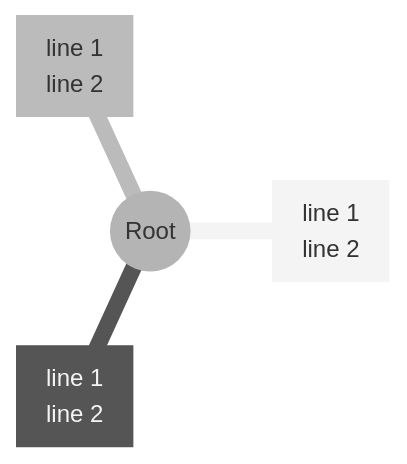
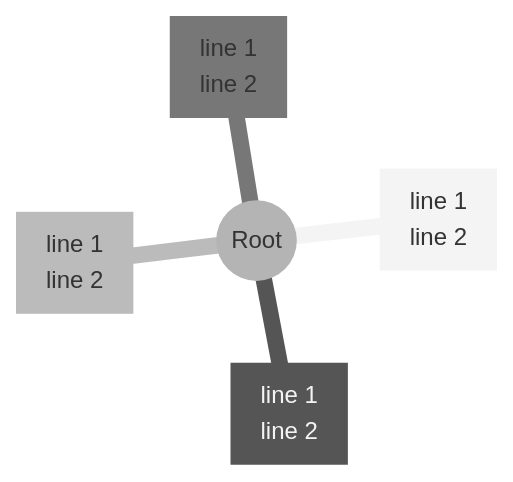
One commit to Latias94/merman changed the second of 4 diagrams in README.md. Above: the diagram before and after it, drawn with Mermaid (neutral theme). The commit also changed 4 other files, not shown here.

Commit message:
fix(render): emit architecture css for svg

````diff
--- a/README.md
+++ b/README.md
@@ -204,9 +204,10 @@
 ```mermaid
 mindmap
   %% Authored stress fixture (Mermaid@11.12.2): <br> variants inside labels.
   root((Root))
     n1["line 1<br>line 2"]
     n2["line 1<br/>line 2"]
     n3["line 1<br />line 2"]
+    n4["line 1<br \t/>line 2"]
     %% plus whitespace variants (see the fixture for the full set)
 ```
````
